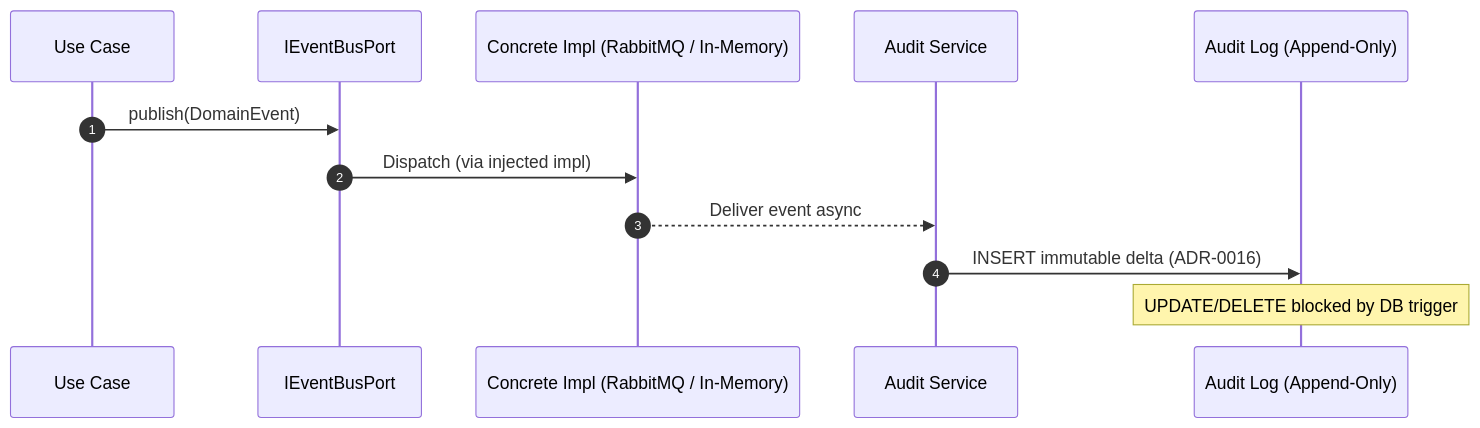
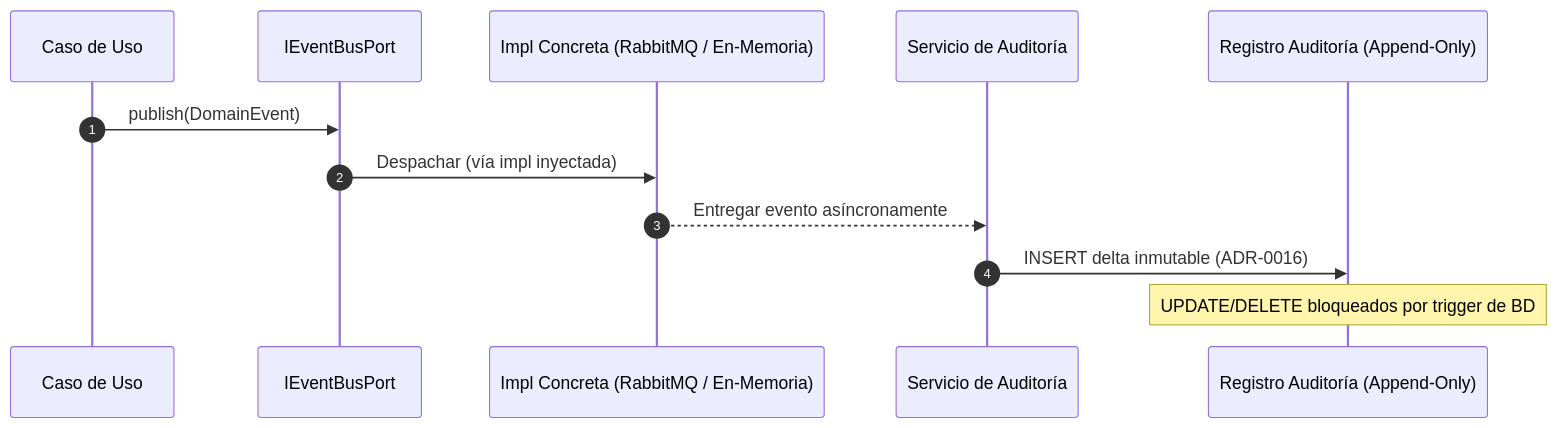
Before and after one commit to beyondnetcode/arc32_progresive_monolith: the fourth of 6 diagrams in arc-corporate-ws/corporate-standards-es/01-architecture/reference-blueprint.md, drawn with Mermaid. The commit also changed other lines of this file and 89 other files, not shown here.

````diff
--- a/arc-corporate-ws/corporate-standards-es/01-architecture/reference-blueprint.md
+++ b/arc-corporate-ws/corporate-standards-es/01-architecture/reference-blueprint.md
@@ -300,15 +300,15 @@
 ```mermaid
 sequenceDiagram
     autonumber
-    participant UC as Use Case
+    participant UC as Caso de Uso
     participant Port as IEventBusPort
-    participant Bus as Concrete Impl (RabbitMQ / In-Memory)
-    participant AuditSvc as Audit Service
-    participant AuditDB as Audit Log (Append-Only)
+    participant Bus as Impl Concreta (RabbitMQ / En-Memoria)
+    participant AuditSvc as Servicio de Auditoría
+    participant AuditDB as Registro Auditoría (Append-Only)
 
     UC->>Port: publish(DomainEvent)
-    Port->>Bus: Dispatch (via injected impl)
-    Bus-->>AuditSvc: Deliver event async
-    AuditSvc->>AuditDB: INSERT immutable delta (ADR-0016)
-    Note over AuditDB: UPDATE/DELETE blocked by DB trigger
+    Port->>Bus: Despachar (vía impl inyectada)
+    Bus-->>AuditSvc: Entregar evento asíncronamente
+    AuditSvc->>AuditDB: INSERT delta inmutable (ADR-0016)
+    Note over AuditDB: UPDATE/DELETE bloqueados por trigger de BD
 ```
````
